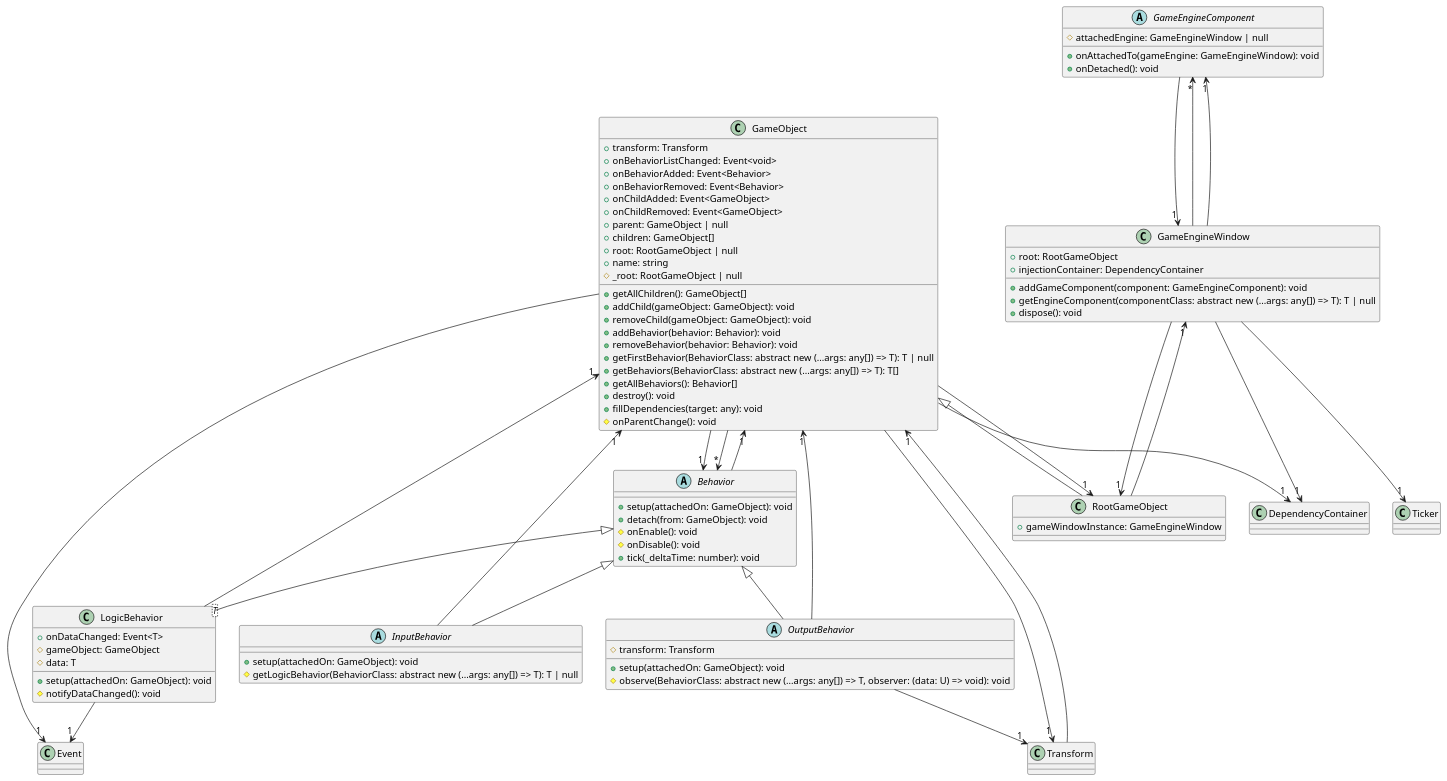
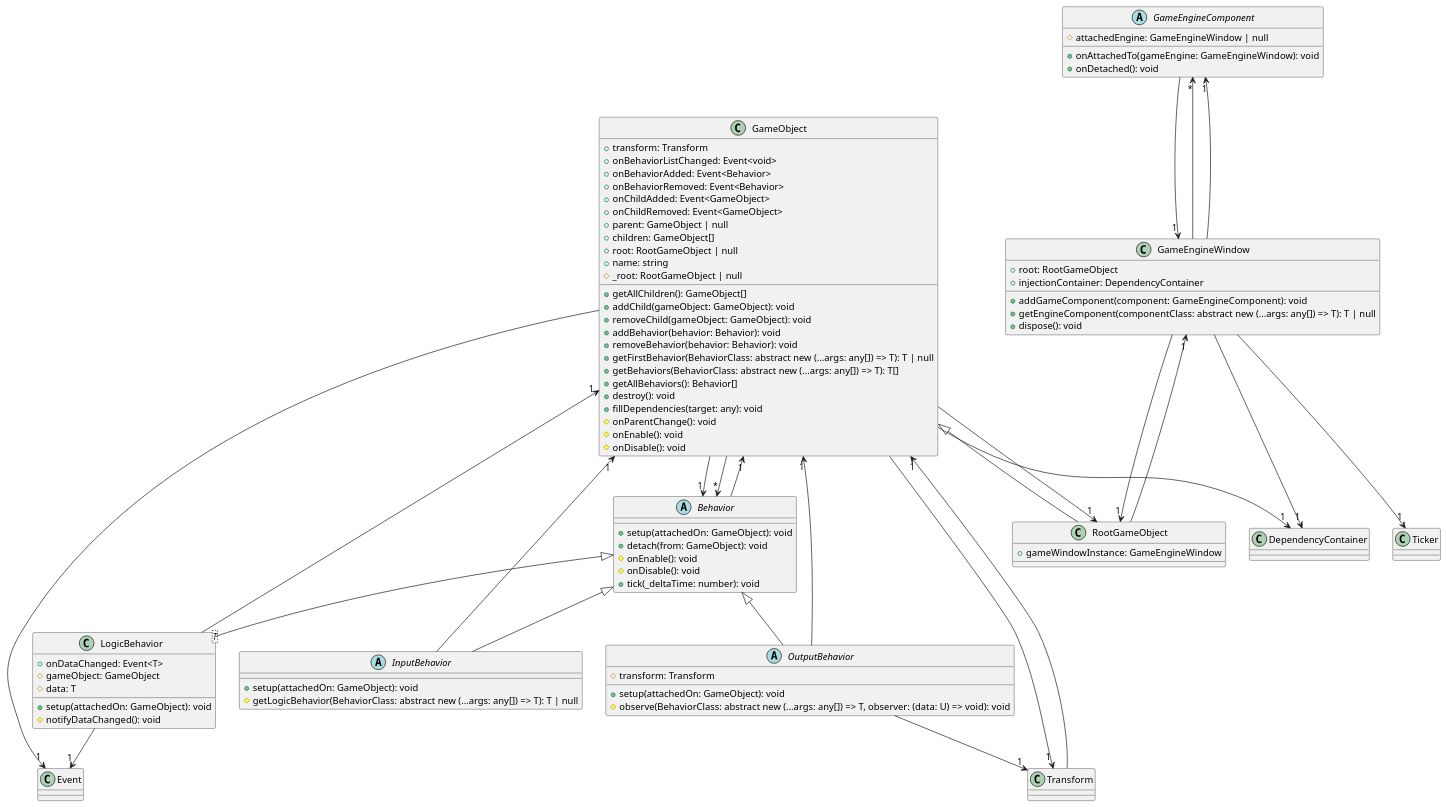
The diagram in doc/diagrams/Core.puml (CPNV-ES/game-engine), drawn with PlantUML before and after one commit. The commit also changed 1 other file, not shown here.

Commit message:
docs: generate all class diagrams for 0.4.1

```diff
--- a/doc/diagrams/Core.puml
+++ b/doc/diagrams/Core.puml
@@ -1,84 +1,86 @@
 @startuml
 abstract class GameEngineComponent {
     #attachedEngine: GameEngineWindow | null
     +onAttachedTo(gameEngine: GameEngineWindow): void
     +onDetached(): void
 }
 class GameEngineWindow {
     +root: RootGameObject
     +injectionContainer: DependencyContainer
     +addGameComponent(component: GameEngineComponent): void
     +getEngineComponent(componentClass: abstract new (...args: any[]) => T): T | null
     +dispose(): void
 }
 class RootGameObject extends GameObject {
     +gameWindowInstance: GameEngineWindow
 }
 class GameObject {
     +transform: Transform
     +onBehaviorListChanged: Event<void>
     +onBehaviorAdded: Event<Behavior>
     +onBehaviorRemoved: Event<Behavior>
     +onChildAdded: Event<GameObject>
     +onChildRemoved: Event<GameObject>
     +parent: GameObject | null
     +children: GameObject[]
     +root: RootGameObject | null
     +name: string
     #_root: RootGameObject | null
     +getAllChildren(): GameObject[]
     +addChild(gameObject: GameObject): void
     +removeChild(gameObject: GameObject): void
     +addBehavior(behavior: Behavior): void
     +removeBehavior(behavior: Behavior): void
     +getFirstBehavior(BehaviorClass: abstract new (...args: any[]) => T): T | null
     +getBehaviors(BehaviorClass: abstract new (...args: any[]) => T): T[]
     +getAllBehaviors(): Behavior[]
     +destroy(): void
     +fillDependencies(target: any): void
     #onParentChange(): void
+    #onEnable(): void
+    #onDisable(): void
 }
 abstract class Behavior {
     +setup(attachedOn: GameObject): void
     +detach(from: GameObject): void
     #onEnable(): void
     #onDisable(): void
     +tick(_deltaTime: number): void
 }
 class LogicBehavior<T> extends Behavior {
     +onDataChanged: Event<T>
     #gameObject: GameObject
     #data: T
     +setup(attachedOn: GameObject): void
     #notifyDataChanged(): void
 }
 abstract class InputBehavior extends Behavior {
     +setup(attachedOn: GameObject): void
     #getLogicBehavior(BehaviorClass: abstract new (...args: any[]) => T): T | null
 }
 abstract class OutputBehavior extends Behavior {
     +setup(attachedOn: GameObject): void
     #observe(BehaviorClass: abstract new (...args: any[]) => T, observer: (data: U) => void): void
     #transform: Transform
 }
 Transform --> "1" GameObject
 GameEngineComponent --> "1" GameEngineWindow
 GameEngineWindow --> "*" GameEngineComponent
 GameEngineWindow --> "1" RootGameObject
 GameEngineWindow --> "1" Ticker
 GameEngineWindow --> "1" DependencyContainer
 GameEngineWindow --> "1" GameEngineComponent
 RootGameObject --> "1" GameEngineWindow
 GameObject --> "1" Transform
 GameObject --> "1" Event
 GameObject --> "1" Behavior
 GameObject --> "1" RootGameObject
 GameObject --> "*" Behavior
 GameObject --> "1" DependencyContainer
 Behavior --> "1" GameObject
 LogicBehavior --> "1" Event
 LogicBehavior --> "1" GameObject
 InputBehavior --> "1" GameObject
 OutputBehavior --> "1" GameObject
 OutputBehavior --> "1" Transform
 @enduml
```
